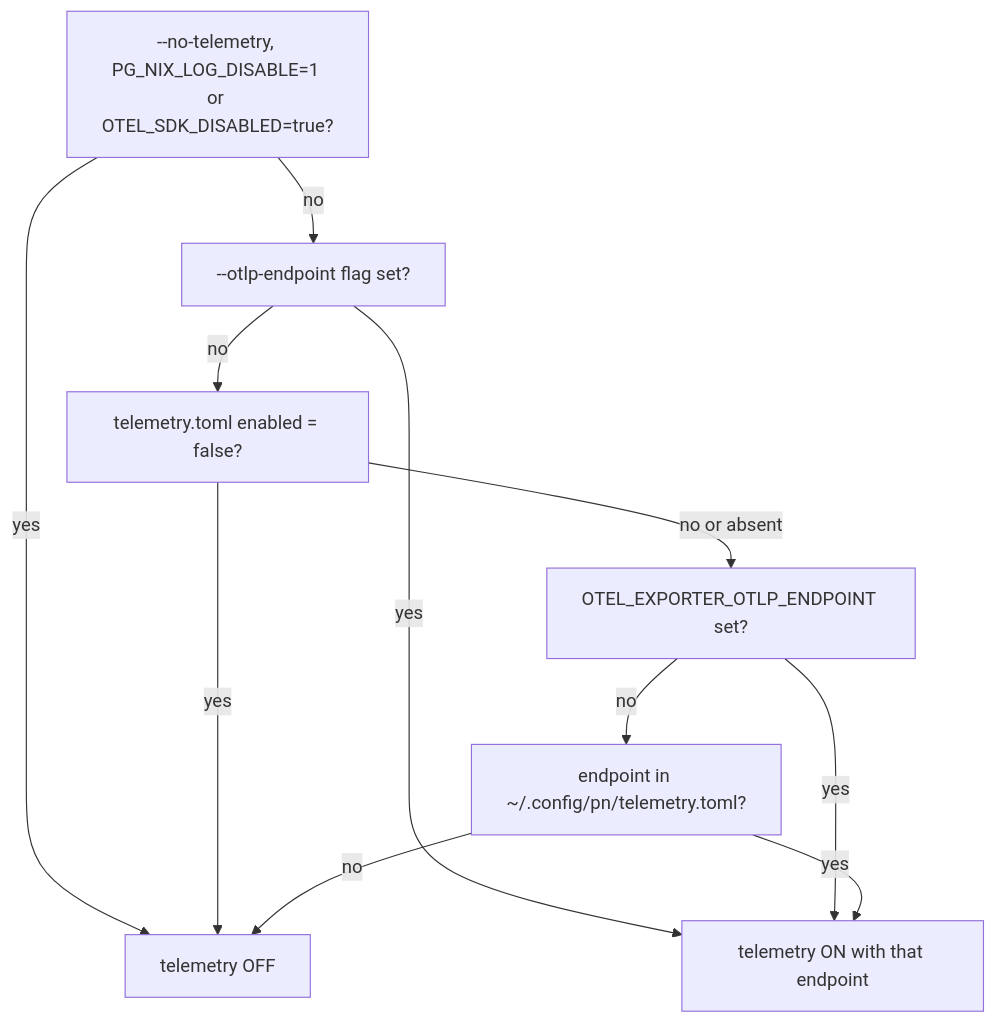
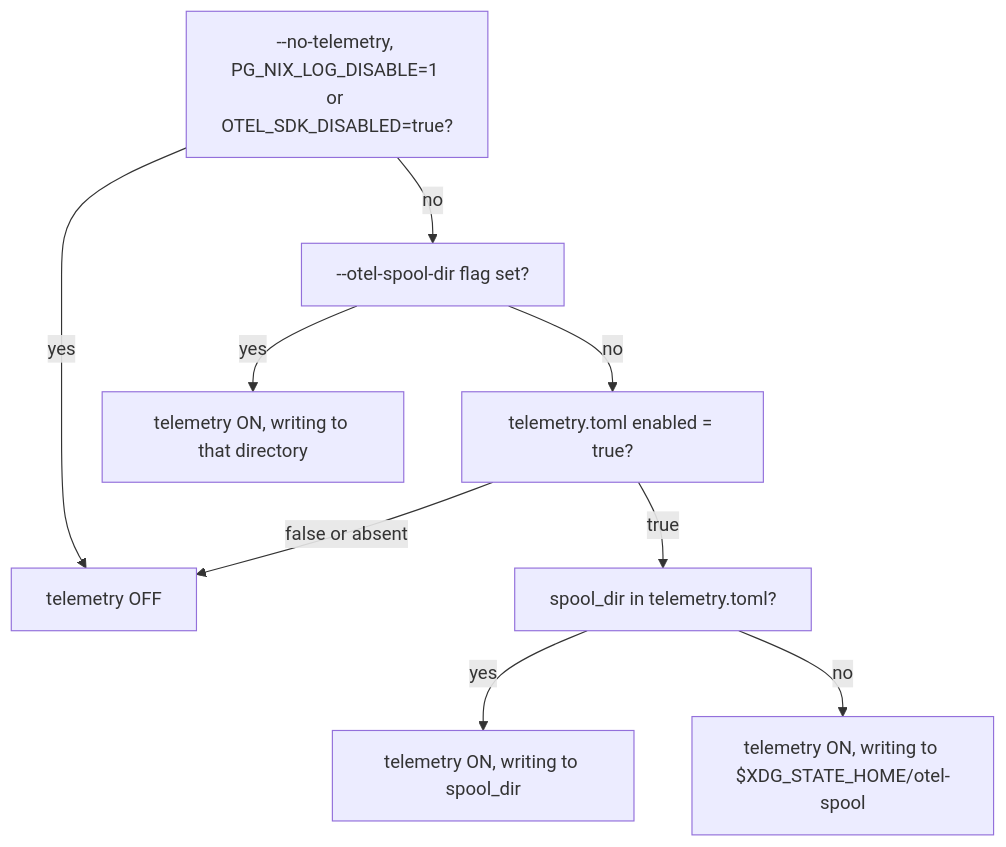
One commit to phillipgreenii/nix-repo-base changed the diagram in modules/pn/README.md. Above: the diagram before and after it, drawn with Mermaid. The commit also changed other lines of this file and 42 other files, not shown here.

````diff
--- a/modules/pn/README.md
+++ b/modules/pn/README.md
@@ -19,13 +20,11 @@
 ```mermaid
 flowchart TD
   A["--no-telemetry, PG_NIX_LOG_DISABLE=1 or OTEL_SDK_DISABLED=true?"] -->|yes| OFF["telemetry OFF"]
-  A -->|no| B["--otlp-endpoint flag set?"]
-  B -->|yes| ON["telemetry ON with that endpoint"]
-  B -->|no| X["telemetry.toml enabled = false?"]
-  X -->|yes| OFF
-  X -->|no or absent| C["OTEL_EXPORTER_OTLP_ENDPOINT set?"]
-  C -->|yes| ON
-  C -->|no| D["endpoint in ~/.config/pn/telemetry.toml?"]
-  D -->|yes| ON
-  D -->|no| OFF
+  A -->|no| B["--otel-spool-dir flag set?"]
+  B -->|yes| ON["telemetry ON, writing to that directory"]
+  B -->|no| X["telemetry.toml enabled = true?"]
+  X -->|"false or absent"| OFF
+  X -->|true| D["spool_dir in telemetry.toml?"]
+  D -->|yes| ON2["telemetry ON, writing to spool_dir"]
+  D -->|no| ON3["telemetry ON, writing to $XDG_STATE_HOME/otel-spool"]
 ```
````
